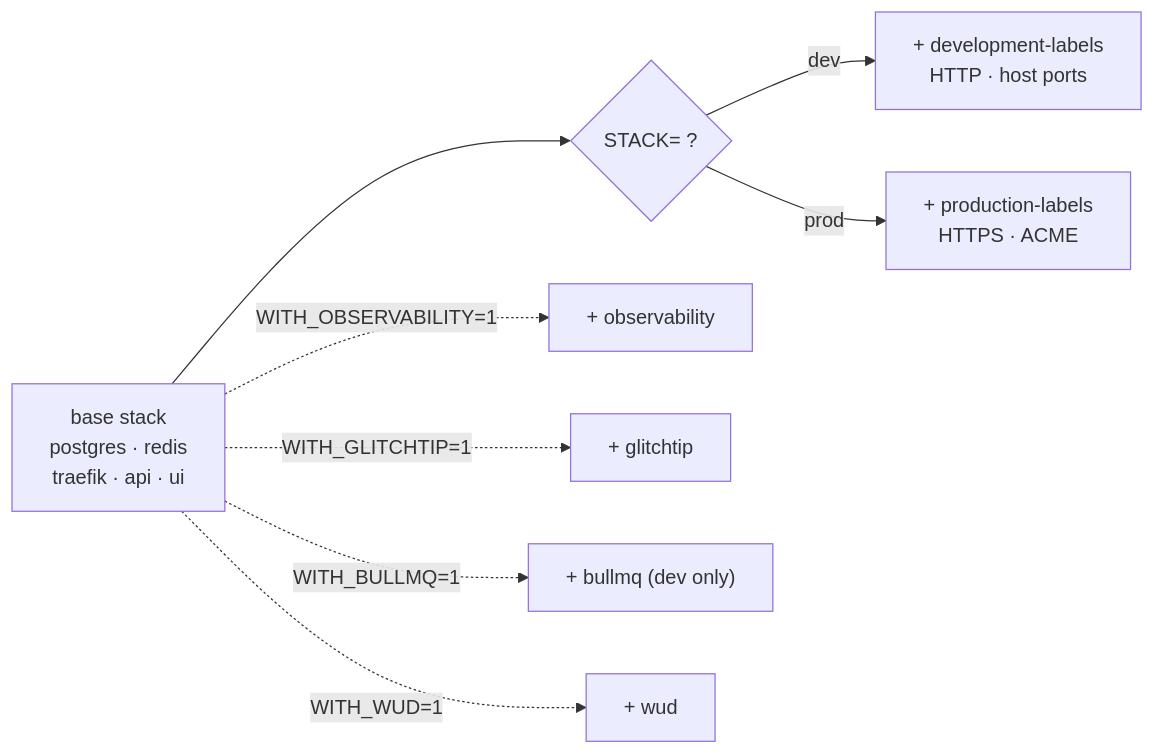
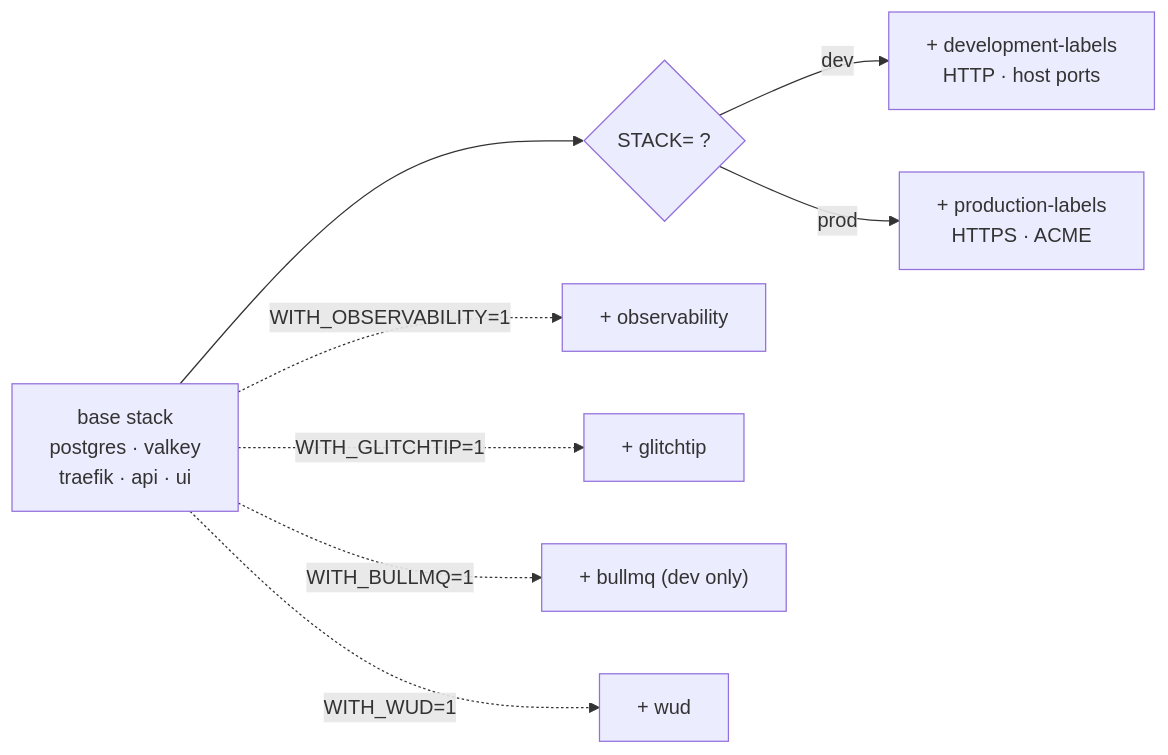
Before and after one commit to AI-Starter-Templates/.github: the diagram in src/content/docs/infra/profiles-and-overlays.mdx, drawn with Mermaid. The commit also changed other lines of this file and 21 other files, not shown here.

````diff
--- a/src/content/docs/infra/profiles-and-overlays.mdx
+++ b/src/content/docs/infra/profiles-and-overlays.mdx
@@ -12,18 +12,18 @@
 ```mermaid
 flowchart LR
-  base["base stack<br/>postgres · redis<br/>traefik · api · ui"]
+  base["base stack<br/>postgres · valkey<br/>traefik · api · ui"]
   stack{"STACK= ?"}
   dev["+ development-labels<br/>HTTP · host ports"]
   prod["+ production-labels<br/>HTTPS · ACME"]
   obs["+ observability"]
   glitch["+ glitchtip"]
   bullmq["+ bullmq (dev only)"]
   wud["+ wud"]
   base --> stack
   stack -->|dev| dev
   stack -->|prod| prod
   base -.->|WITH_OBSERVABILITY=1| obs
   base -.->|WITH_GLITCHTIP=1| glitch
   base -.->|WITH_BULLMQ=1| bullmq
   base -.->|WITH_WUD=1| wud
 ```
````
